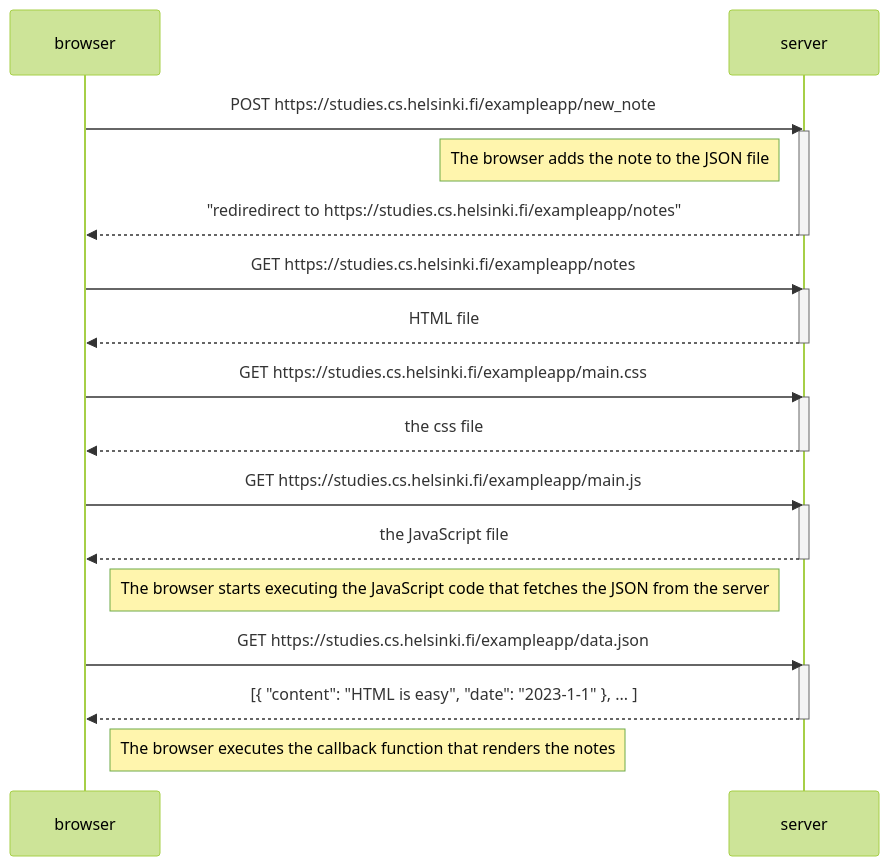
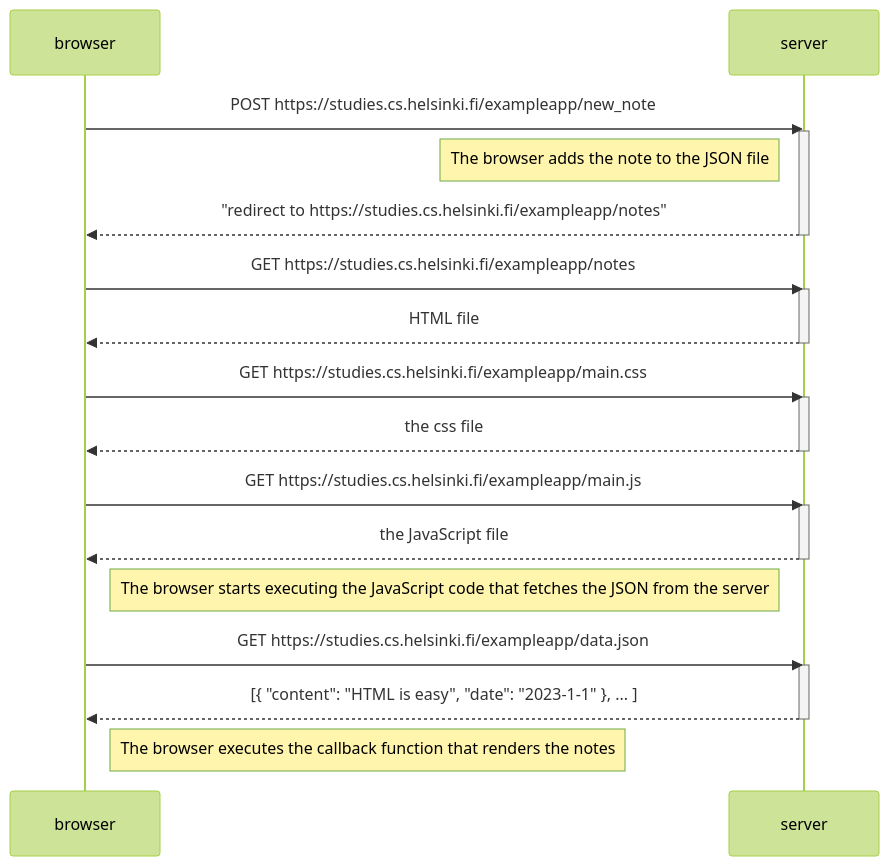
Before and after one commit to Hempppa/Fullstack-palautukset: the diagram in osa0/04.md, drawn with Mermaid (forest theme).

````diff
--- a/osa0/04.md
+++ b/osa0/04.md
@@ -1,37 +1,37 @@
 ```mermaid
   sequenceDiagram
       participant browser
       participant server
       
       browser->>server: POST https://studies.cs.helsinki.fi/exampleapp/new_note
       activate server
 
       Note left of server: The browser adds the note to the JSON file
 
-      server-->>browser: "rediredirect to https://studies.cs.helsinki.fi/exampleapp/notes"
+      server-->>browser: "redirect to https://studies.cs.helsinki.fi/exampleapp/notes"
       deactivate server
 
       browser->>server: GET https://studies.cs.helsinki.fi/exampleapp/notes
       activate server
       server-->>browser: HTML file
       deactivate server
       
       browser->>server: GET https://studies.cs.helsinki.fi/exampleapp/main.css
       activate server
       server-->>browser: the css file
       deactivate server
       
       browser->>server: GET https://studies.cs.helsinki.fi/exampleapp/main.js
       activate server
       server-->>browser: the JavaScript file
       deactivate server
       
       Note right of browser: The browser starts executing the JavaScript code that fetches the JSON from the server
       
       browser->>server: GET https://studies.cs.helsinki.fi/exampleapp/data.json
       activate server
       server-->>browser: [{ "content": "HTML is easy", "date": "2023-1-1" }, ... ]
       deactivate server    
   
       Note right of browser: The browser executes the callback function that renders the notes 
 ```
````
